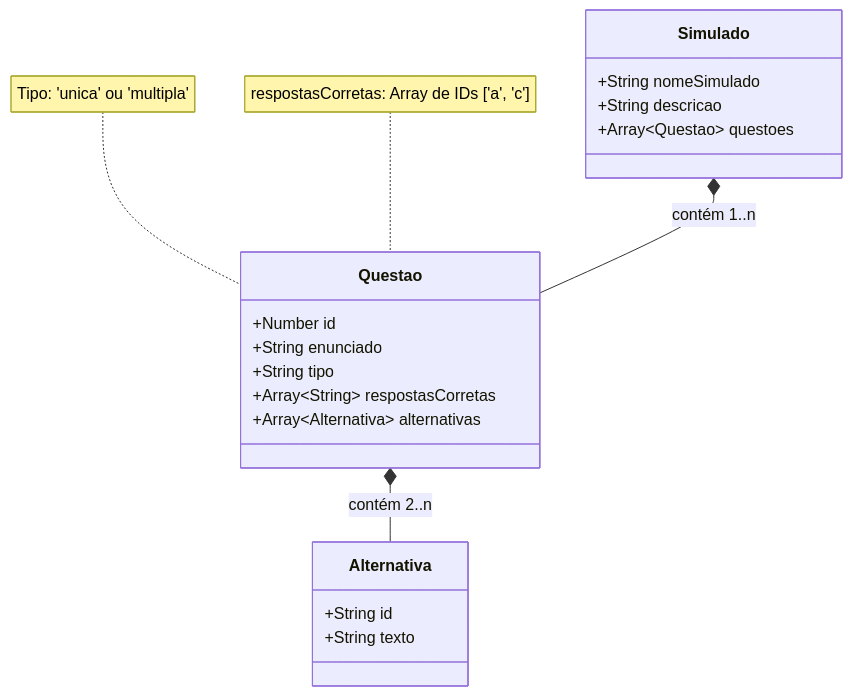
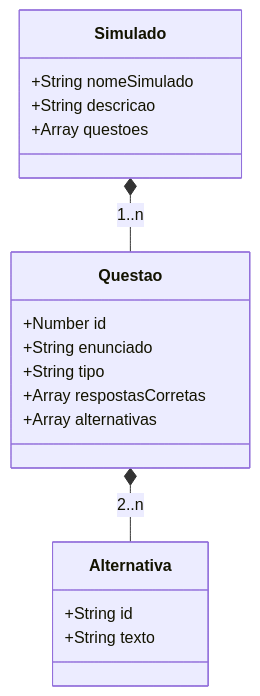
The third of 3 diagrams in README.md (DessimA/quizlab), drawn with Mermaid before and after one commit. The commit also changed other lines of this file, not shown here.

````diff
--- a/README.md
+++ b/README.md
@@ -107,27 +94,24 @@
 ```mermaid
 classDiagram
     class Simulado {
         +String nomeSimulado
         +String descricao
-        +Array~Questao~ questoes
+        +Array questoes
     }
     
     class Questao {
         +Number id
         +String enunciado
         +String tipo
-        +Array~String~ respostasCorretas
-        +Array~Alternativa~ alternativas
+        +Array respostasCorretas
+        +Array alternativas
     }
     
     class Alternativa {
         +String id
         +String texto
     }
     
-    Simulado *-- Questao : contém 1..n
-    Questao *-- Alternativa : contém 2..n
-    
-    note for Questao "Tipo: 'unica' ou 'multipla'"
-    note for Questao "respostasCorretas: Array de IDs ['a', 'c']"
+    Simulado *-- Questao : 1..n
+    Questao *-- Alternativa : 2..n
 ```
````
